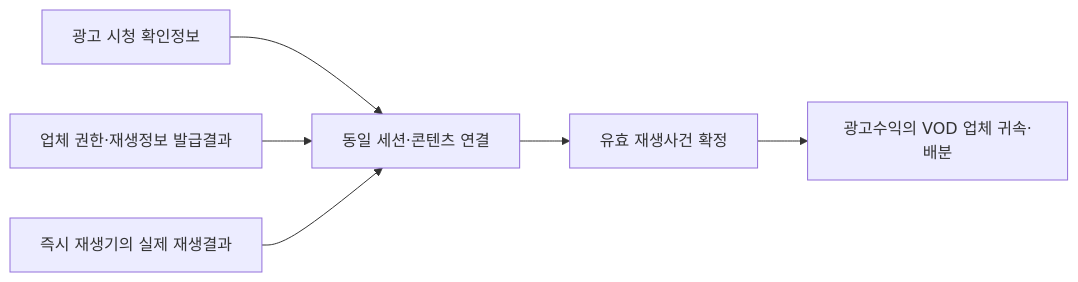
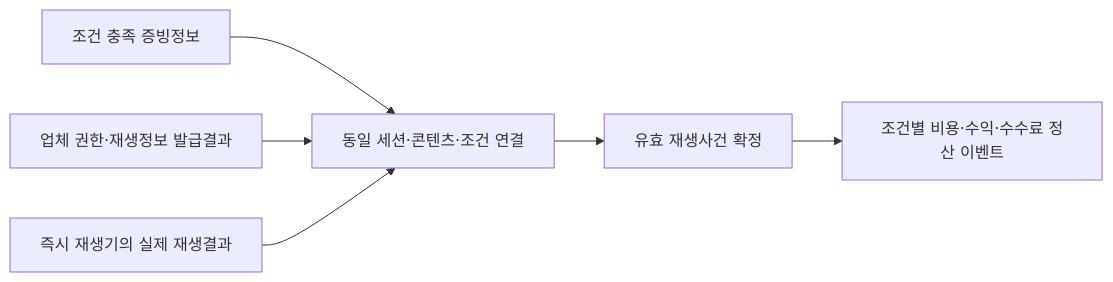
The fifth of 11 diagrams in instant_play_직무발명서.md (growdai1y/instant-play), drawn with Mermaid before and after one commit. The commit also changed other lines of this file, not shown here.

````diff
--- a/instant_play_직무발명서.md
+++ b/instant_play_직무발명서.md
@@ -685,8 +816,8 @@
 ```mermaid
 flowchart LR
-    A["광고 시청 확인정보"] --> D["동일 세션·콘텐츠 연결"]
+    A["조건 충족 증빙정보"] --> D["동일 세션·콘텐츠·조건 연결"]
     B["업체 권한·재생정보 발급결과"] --> D
     C["즉시 재생기의 실제 재생결과"] --> D
     D --> E["유효 재생사건 확정"]
-    E --> F["광고수익의 VOD 업체 귀속·배분"]
+    E --> F["조건별 비용·수익·수수료 정산 이벤트"]
 ```
````
